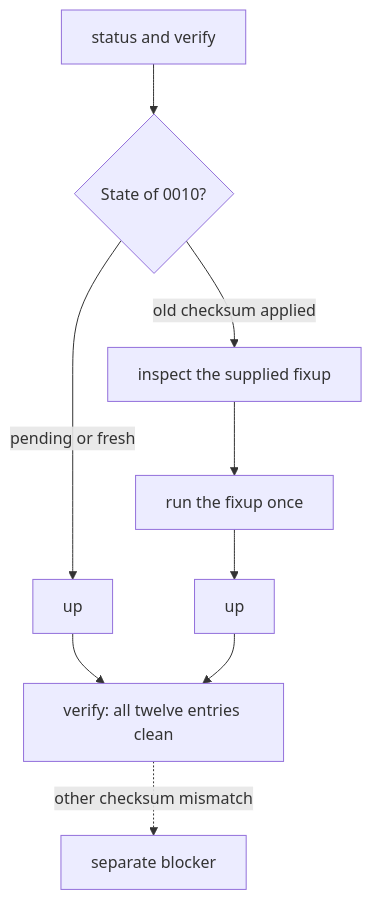
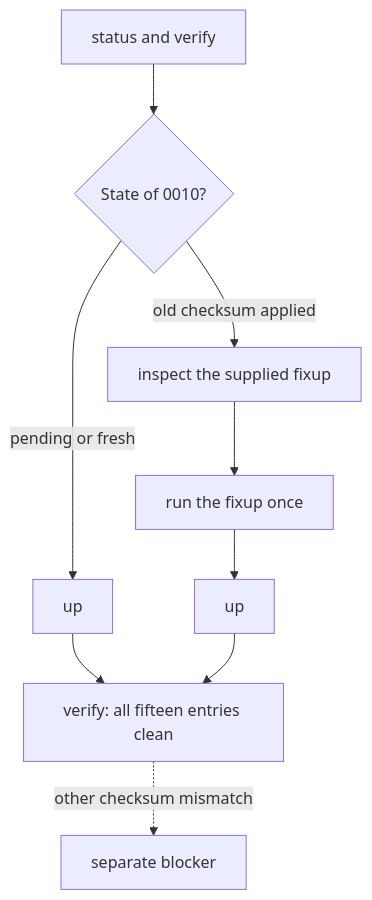
Before and after one commit to shinzui/keiro-runtime-docs: the diagram in content/docs/kiroku/how-to/recover-the-0010-checksum.mdx, drawn with Mermaid. The commit also changed other lines of this file and 188 other files, not shown here.

````diff
--- a/content/docs/kiroku/how-to/recover-the-0010-checksum.mdx
+++ b/content/docs/kiroku/how-to/recover-the-0010-checksum.mdx
@@ -17,16 +17,16 @@
 ```mermaid
 flowchart TD
   Check["status and verify"]
   State{"State of 0010?"}
   Up["up"]
   Fixup["inspect the supplied fixup"]
   Run["run the fixup once"]
   Up2["up"]
-  Verify["verify: all twelve entries clean"]
+  Verify["verify: all fifteen entries clean"]
   Blocker["separate blocker"]
 
   Check --> State
   State -->|"pending or fresh"| Up --> Verify
   State -->|"old checksum applied"| Fixup --> Run --> Up2 --> Verify
   Verify -.->|"other checksum mismatch"| Blocker
 ```
````
